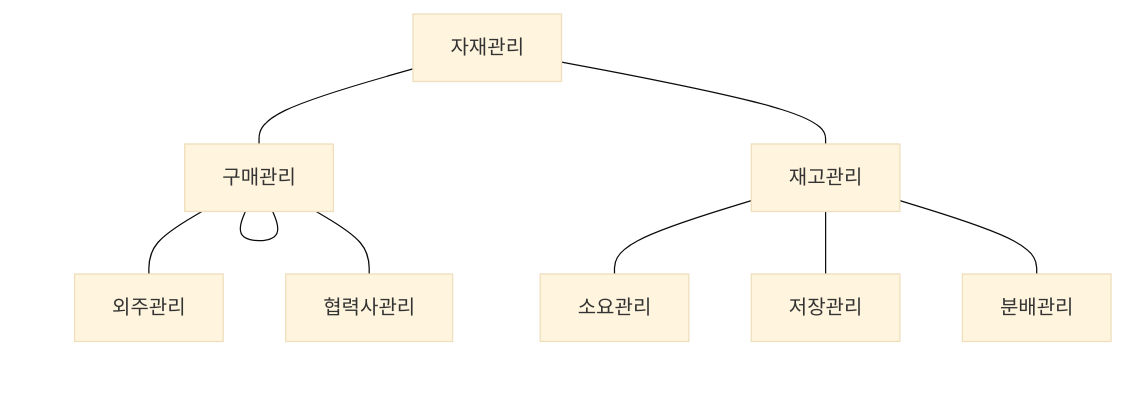
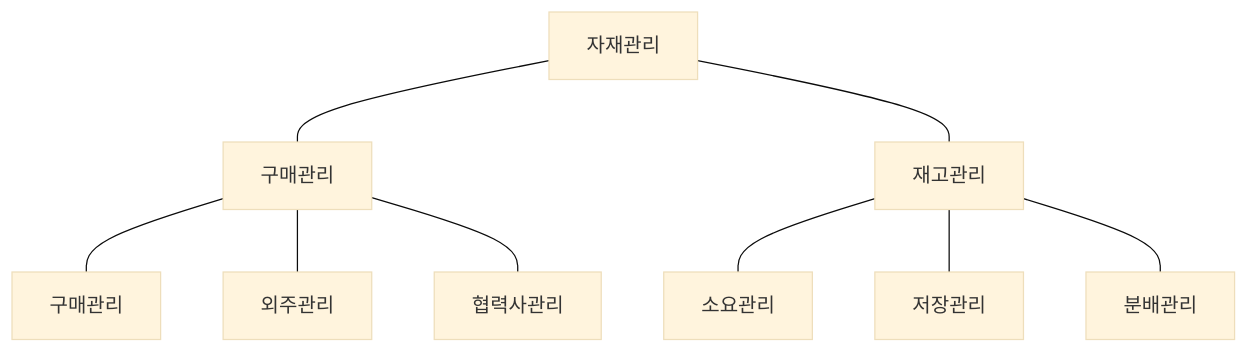
Before and after one commit to yeonkyupark/PEPC: the first of 2 diagrams in 2-4.물류관리(자재 및 재고관리).qmd, drawn with Mermaid (base theme).

Commit message:
Update 2-4.물류관리(자재 및 재고관리).qmd

````diff
--- a/2-4.물류관리(자재 및 재고관리).qmd
+++ b/2-4.물류관리(자재 및 재고관리).qmd
@@ -3,7 +3,7 @@
 ```{mermaid}
 flowchart TB
-자재관리 --- 구매관리 & 재고관리
+자재관리 --- 1[구매관리] & 재고관리
 
-구매관리 --- 구매관리 & 외주관리 & 협력사관리
+1 --- 구매관리 & 외주관리 & 협력사관리
 재고관리 --- 소요관리 & 저장관리 & 분배관리
 ```
````
